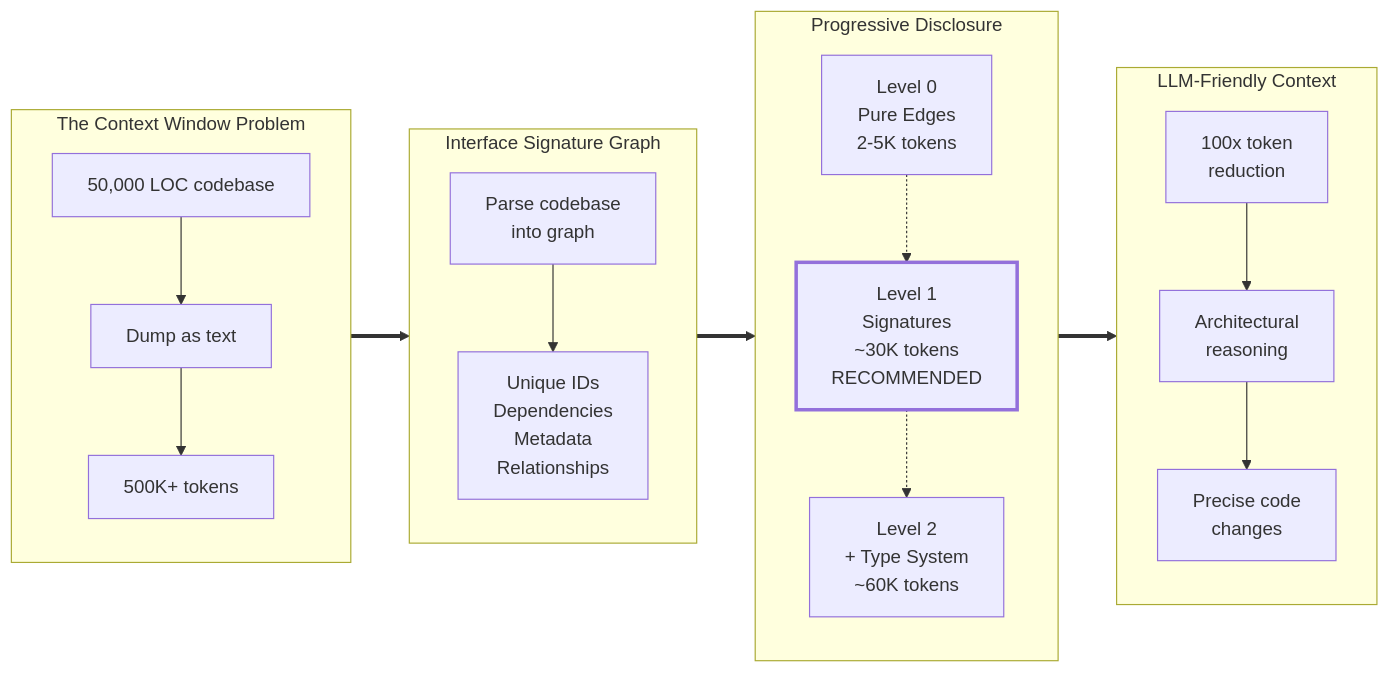
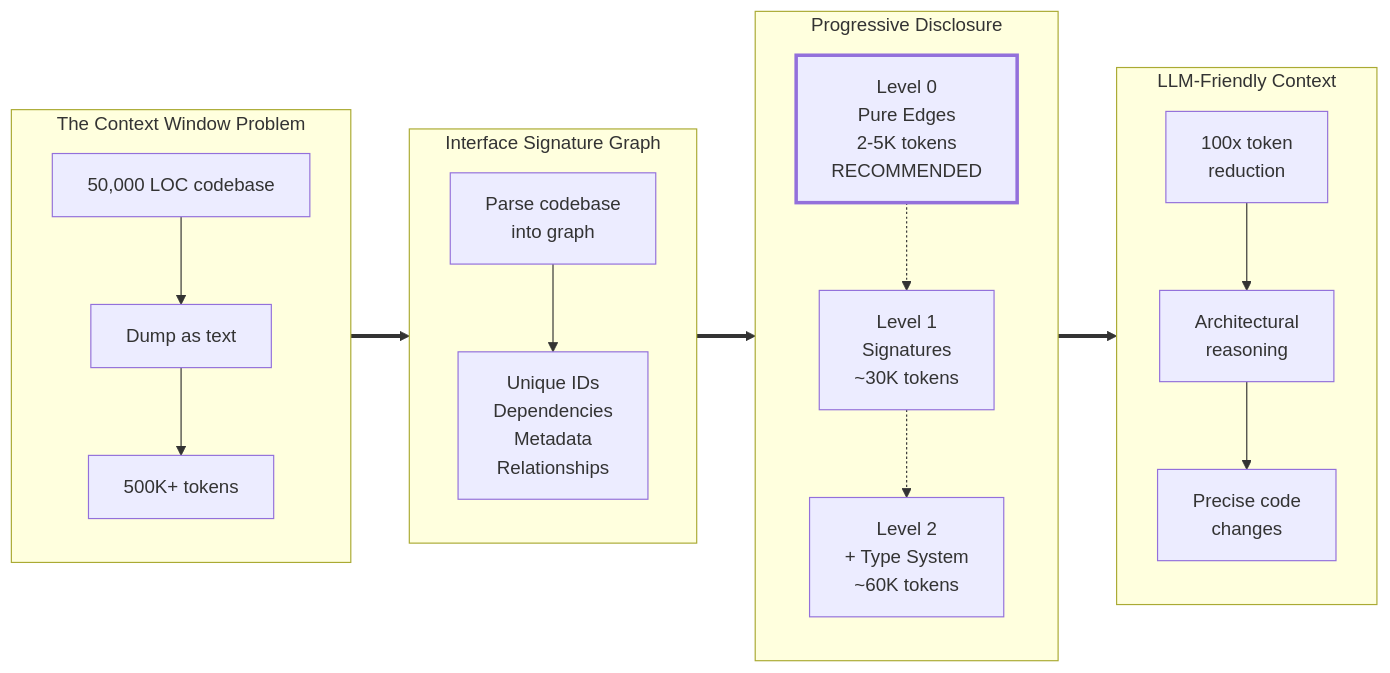
One commit to that-in-rust/parseltongue changed the first of 2 diagrams in .claude/.parseltongue/parseltongue-README.md. Above: the diagram before and after it, drawn with Mermaid. The commit also changed other lines of this file and 14 other files, not shown here.

First line of the commit message:
docs: Update [RECOMMENDED] to Level 0 and archive old docs

````diff
--- a/.claude/.parseltongue/parseltongue-README.md
+++ b/.claude/.parseltongue/parseltongue-README.md
@@ -3,35 +3,35 @@
 ```mermaid
 graph LR
     subgraph PROBLEM["The Context Window Problem"]
         P1["50,000 LOC codebase"]
         P2["Dump as text"]
         P3["500K+ tokens"]
         P1 --> P2 --> P3
     end
 
     subgraph ISG["Interface Signature Graph"]
         I1["Parse codebase<br/>into graph"]
         I2["Unique IDs<br/>Dependencies<br/>Metadata<br/>Relationships"]
         I1 --> I2
     end
 
     subgraph LEVELS["Progressive Disclosure"]
-        L0["Level 0<br/>Pure Edges<br/>2-5K tokens"]
-        L1["Level 1<br/>Signatures<br/>~30K tokens<br/>RECOMMENDED"]
+        L0["Level 0<br/>Pure Edges<br/>2-5K tokens<br/>RECOMMENDED"]
+        L1["Level 1<br/>Signatures<br/>~30K tokens"]
         L2["Level 2<br/>+ Type System<br/>~60K tokens"]
         L0 -.-> L1 -.-> L2
     end
 
     subgraph OUTCOME["LLM-Friendly Context"]
         O1["100x token<br/>reduction"]
         O2["Architectural<br/>reasoning"]
         O3["Precise code<br/>changes"]
         O1 --> O2 --> O3
     end
 
     PROBLEM ==> ISG
     ISG ==> LEVELS
     LEVELS ==> OUTCOME
 
-    style L1 stroke-width:3px
+    style L0 stroke-width:3px
 ```
````
